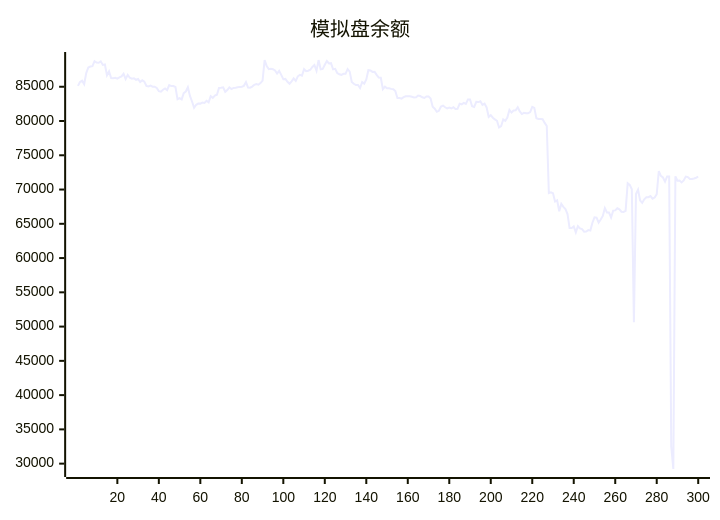
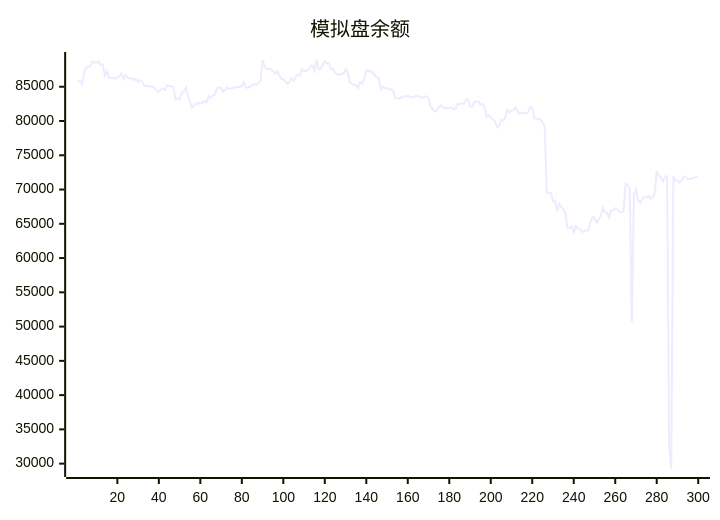
The diagram in README.md (aahl/ai-trading), drawn with Mermaid before and after one commit. The commit also changed other lines of this file and 1 other file, not shown here.

````diff
--- a/README.md
+++ b/README.md
@@ -5,5 +5,5 @@
 ```mermaid
 xychart
     title "模拟盘余额"
-    line [85127,85693,85891,85384,87001,87811,87945,88007,88734,88528,88495,88705,88189,88248,86662,87234,86279,86251,86314,86177,86364,86503,86886,86114,86731,86310,86176,86240,86017,86136,85685,85938,85749,85111,85044,85164,85016,85008,84824,84354,84287,84572,84745,84500,85234,85096,85095,84970,83180,83338,83157,84070,84309,84922,83667,82850,81924,82369,82552,82539,82695,82648,82962,82728,83619,83378,83710,83825,84819,84854,84917,84265,84527,84919,84668,84834,84850,84916,84981,85004,85131,85674,84891,84864,85019,85284,85393,85294,85538,85894,88904,88012,87567,87625,87568,87386,86920,87313,86737,86094,86143,85725,85437,85787,86219,85859,86526,86740,86630,87563,87264,87335,87483,87886,88180,87335,88894,87544,87608,88207,88755,88401,88444,87543,87608,87000,86810,86740,86894,86884,87576,87209,85686,85435,85251,85255,84820,85689,85453,86066,87420,87373,87161,87178,86740,86341,86315,84643,85012,84772,84768,84690,84635,84376,83360,83357,83259,83474,83608,83606,83602,83548,83440,83454,83724,83644,83464,83365,83590,83592,83275,82072,81806,81344,81492,82109,82254,82006,81848,81955,81829,82022,81769,81776,82522,82441,82656,82498,83144,83144,82150,82038,82797,82763,82872,82367,82536,81981,80612,80862,80484,80242,80034,79063,79245,80226,80016,80507,81625,81233,81544,81578,82016,81401,81019,81186,81130,81118,81306,82066,81909,80392,80304,80291,80258,79729,79261,69466,69579,69456,68251,68415,66832,67911,67462,67144,66432,64380,64375,64606,63740,64647,64324,64216,63842,63877,64078,64008,65156,65945,65888,65157,65625,66144,67284,66653,66639,65924,66925,66956,67263,67108,66766,66729,66886,70927,70673,70049,50652,69334,69973,68400,68061,68578,68876,68879,69055,68662,68822,69329,72687,71999,71760,71162,71911,71896,32500,29218,71927,71297,71305,71044,71337,71883,71822,71536,71536,71622,71723,71880]
+    line [85693,85891,85384,87001,87811,87945,88007,88734,88528,88495,88705,88189,88248,86662,87234,86279,86251,86314,86177,86364,86503,86886,86114,86731,86310,86176,86240,86017,86136,85685,85938,85749,85111,85044,85164,85016,85008,84824,84354,84287,84572,84745,84500,85234,85096,85095,84970,83180,83338,83157,84070,84309,84922,83667,82850,81924,82369,82552,82539,82695,82648,82962,82728,83619,83378,83710,83825,84819,84854,84917,84265,84527,84919,84668,84834,84850,84916,84981,85004,85131,85674,84891,84864,85019,85284,85393,85294,85538,85894,88904,88012,87567,87625,87568,87386,86920,87313,86737,86094,86143,85725,85437,85787,86219,85859,86526,86740,86630,87563,87264,87335,87483,87886,88180,87335,88894,87544,87608,88207,88755,88401,88444,87543,87608,87000,86810,86740,86894,86884,87576,87209,85686,85435,85251,85255,84820,85689,85453,86066,87420,87373,87161,87178,86740,86341,86315,84643,85012,84772,84768,84690,84635,84376,83360,83357,83259,83474,83608,83606,83602,83548,83440,83454,83724,83644,83464,83365,83590,83592,83275,82072,81806,81344,81492,82109,82254,82006,81848,81955,81829,82022,81769,81776,82522,82441,82656,82498,83144,83144,82150,82038,82797,82763,82872,82367,82536,81981,80612,80862,80484,80242,80034,79063,79245,80226,80016,80507,81625,81233,81544,81578,82016,81401,81019,81186,81130,81118,81306,82066,81909,80392,80304,80291,80258,79729,79261,69466,69579,69456,68251,68415,66832,67911,67462,67144,66432,64380,64375,64606,63740,64647,64324,64216,63842,63877,64078,64008,65156,65945,65888,65157,65625,66144,67284,66653,66639,65924,66925,66956,67263,67108,66766,66729,66886,70927,70673,70049,50652,69334,69973,68400,68061,68578,68876,68879,69055,68662,68822,69329,72687,71999,71760,71162,71911,71896,32500,29218,71927,71297,71305,71044,71337,71883,71822,71536,71536,71622,71723,71880,71860]
 ```
````
